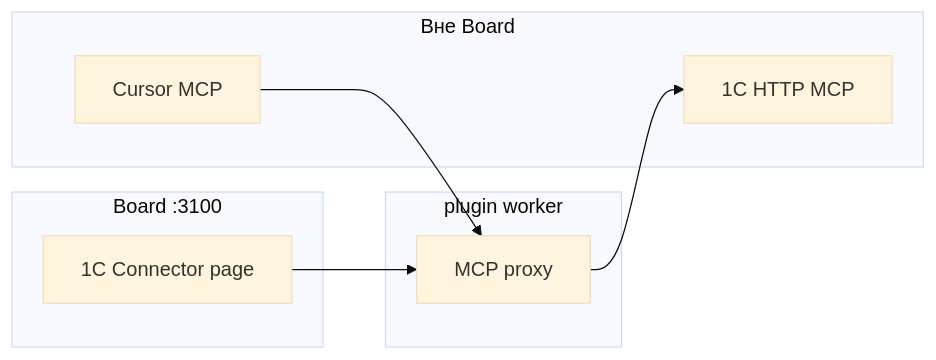
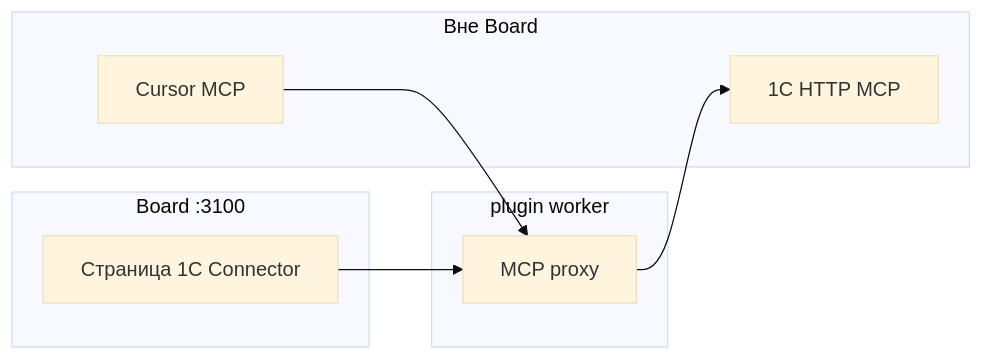
Before and after one commit to Dmitriion/datagent-docs: the diagram in docs/guides/08-1c-bridge.md, drawn with Mermaid (base theme). The commit also changed other lines of this file and 11 other files, not shown here.

````diff
--- a/docs/guides/08-1c-bridge.md
+++ b/docs/guides/08-1c-bridge.md
@@ -32,15 +30,15 @@
 ```mermaid
 flowchart LR
   subgraph Board [Board :3100]
-    UI[1C Connector page]
+    UI[Страница 1C Connector]
   end
   subgraph Worker [plugin worker]
     Proxy[MCP proxy]
   end
   subgraph External [Вне Board]
     Cursor[Cursor MCP]
     OneC[1С HTTP MCP]
   end
   UI --> Proxy
   Cursor --> Proxy --> OneC
 ```
````
